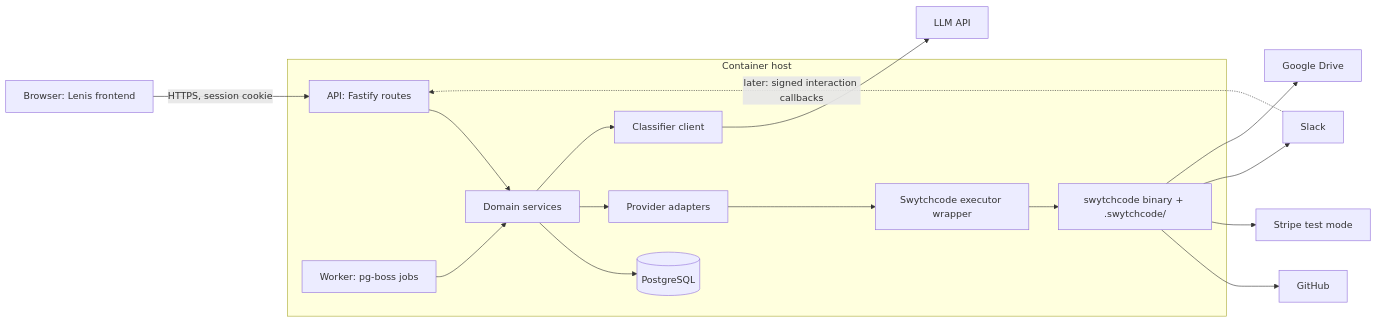
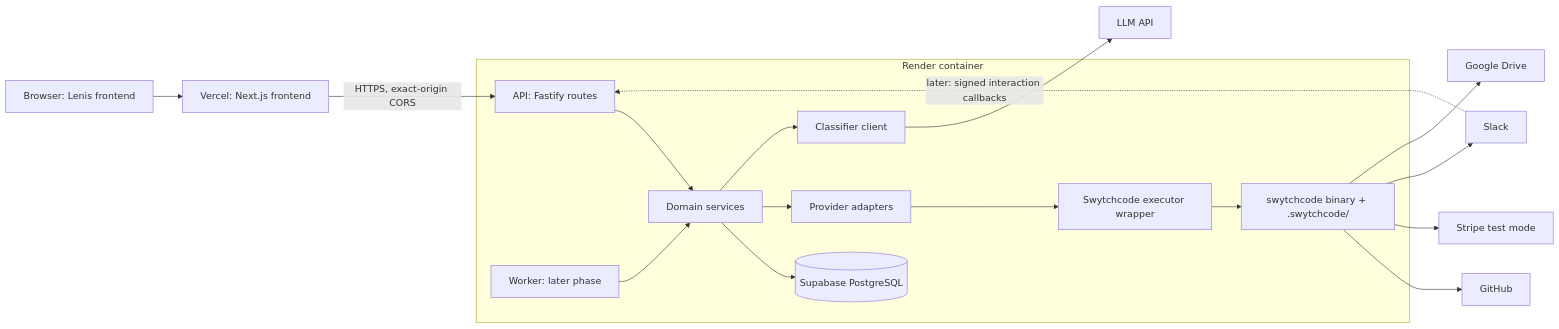
One commit to hitakshijoshi20072911/scppi changed the first of 3 diagrams in docs/architecture.md. Above: the diagram before and after it, drawn with Mermaid. The commit also changed other lines of this file and 57 other files, not shown here.

Commit message:
feat: prepare phase 0 foundation for next phase

````diff
--- a/docs/architecture.md
+++ b/docs/architecture.md
@@ -134,19 +134,20 @@
 ```mermaid
 flowchart LR
-  B[Browser: Lenis frontend] -->|HTTPS, session cookie| API
-  subgraph Host[Container host]
+  B[Browser: Lenis frontend] --> V[Vercel: Next.js frontend]
+  V -->|HTTPS, exact-origin CORS| API
+  subgraph Host[Render container]
     API[API: Fastify routes] --> SVC[Domain services]
-    W[Worker: pg-boss jobs] --> SVC
-    SVC --> DB[(PostgreSQL)]
+    W[Worker: later phase] --> SVC
+    SVC --> DB[(Supabase PostgreSQL)]
     SVC --> ADP[Provider adapters]
     ADP --> EX[Swytchcode executor wrapper]
     EX --> CLI[swytchcode binary + .swytchcode/]
     SVC --> CLS[Classifier client]
   end
   CLI --> GH[GitHub]
   CLI --> ST[Stripe test mode]
   CLI --> SL[Slack]
   CLI --> GD[Google Drive]
   CLS --> LLM[LLM API]
   SL -. later: signed interaction callbacks .-> API
 ```
````
